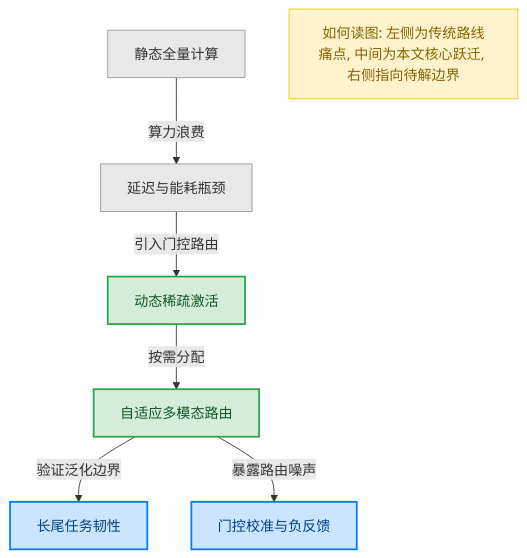
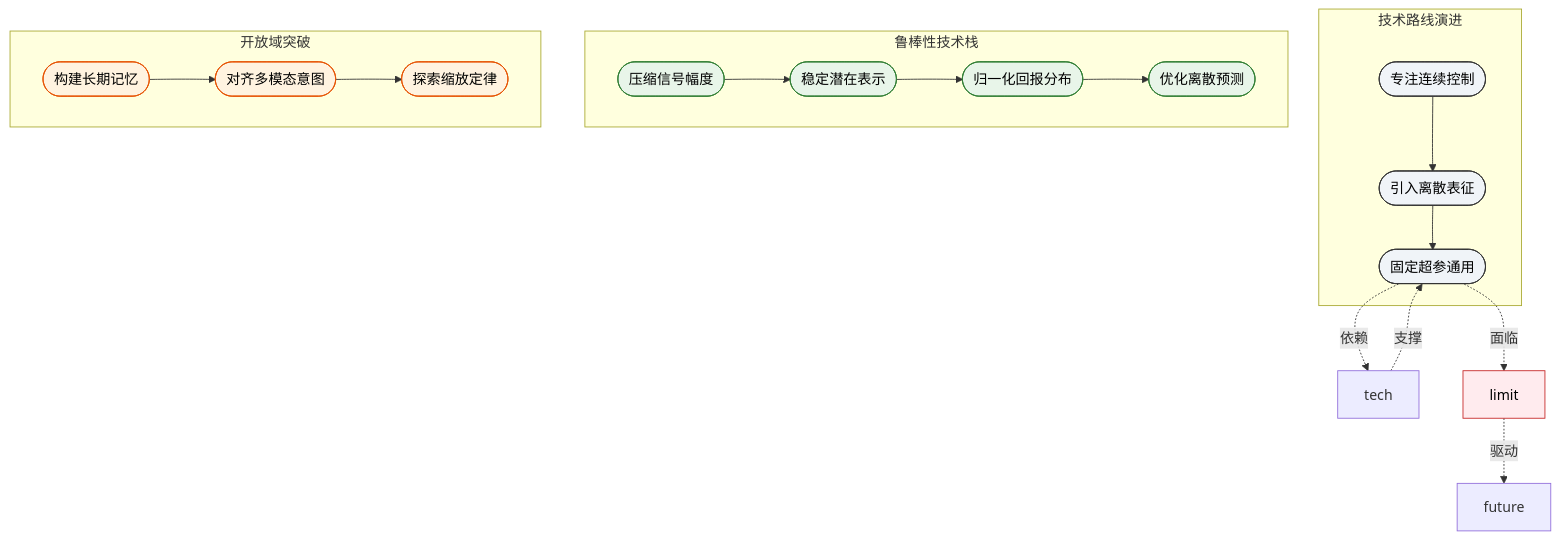
Before and after one commit to ShinewineW/paper-rolling: the tenth of 10 diagrams in person_vault/2026-06-08_MasteringDiverseDomainsThroughWorldModels_2301.04104/report.md, drawn with Mermaid. The commit also changed other lines of this file and 51 other files, not shown here.

````diff
--- a/person_vault/2026-06-08_MasteringDiverseDomainsThroughWorldModels_2301.04104/report.md
+++ b/person_vault/2026-06-08_MasteringDiverseDomainsThroughWorldModels_2301.04104/report.md
@@ -452,15 +673,33 @@
 ```mermaid
 flowchart TD
-    classDef legacy fill:#e8e8e8,color:#333,stroke:#999,stroke-width:1px;
-    classDef pivot fill:#d4edda,color:#155724,stroke:#28a745,stroke-width:2px;
-    classDef future fill:#cce5ff,color:#004085,stroke:#007bff,stroke-width:2px;
-    
-    static_dense["静态全量计算"]:::legacy -->|算力浪费| bottleneck["延迟与能耗瓶颈"]:::legacy
-    bottleneck -->|引入门控路由| dynamic_sparse["动态稀疏激活"]:::pivot
-    dynamic_sparse -->|按需分配| adaptive_routing["自适应多模态路由"]:::pivot
-    adaptive_routing -->|验证泛化边界| long_context["长尾任务韧性"]:::future
-    adaptive_routing -->|暴露路由噪声| calibration["门控校准与负反馈"]:::future
-    
-    classDef note fill:#fff3cd,color:#856404,stroke:#ffc107,stroke-width:1px;
-    note1["如何读图: 左侧为传统路线痛点, 中间为本文核心跃迁, 右侧指向待解边界"]:::note
+    classDef era fill:#f0f4f8,stroke:#333,stroke-width:1px,color:#000;
+    classDef tech fill:#e8f5e9,stroke:#2e7d32,stroke-width:1px,color:#000;
+    classDef future fill:#fff3e0,stroke:#e65100,stroke-width:1px,color:#000;
+    classDef limit fill:#ffebee,stroke:#c62828,stroke-width:1px,color:#000;
+
+    subgraph 演进轨迹 ["技术路线演进"]
+        v1(["专注连续控制"]) --> v2(["引入离散表征"])
+        v2 --> v3(["固定超参通用"])
+    end
+
+    subgraph 核心机制 ["鲁棒性技术栈"]
+        symlog(["压缩信号幅度"]) --> kl_free(["稳定潜在表示"])
+        kl_free --> pct_norm(["归一化回报分布"])
+        pct_norm --> twohot(["优化离散预测"])
+    end
+
+    subgraph 未来方向 ["开放域突破"]
+        memory(["构建长期记忆"]) --> multimodal(["对齐多模态意图"])
+        multimodal --> scaling(["探索缩放定律"])
+    end
+
+    v3 -. 依赖 .-> tech
+    tech -. 支撑 .-> v3
+    v3 -. 面临 .-> limit
+    limit -. 驱动 .-> future
+
+    class v1,v2,v3 era;
+    class symlog,kl_free,pct_norm,twohot tech;
+    class memory,multimodal,scaling future;
+    class limit limit;
 ```
````
